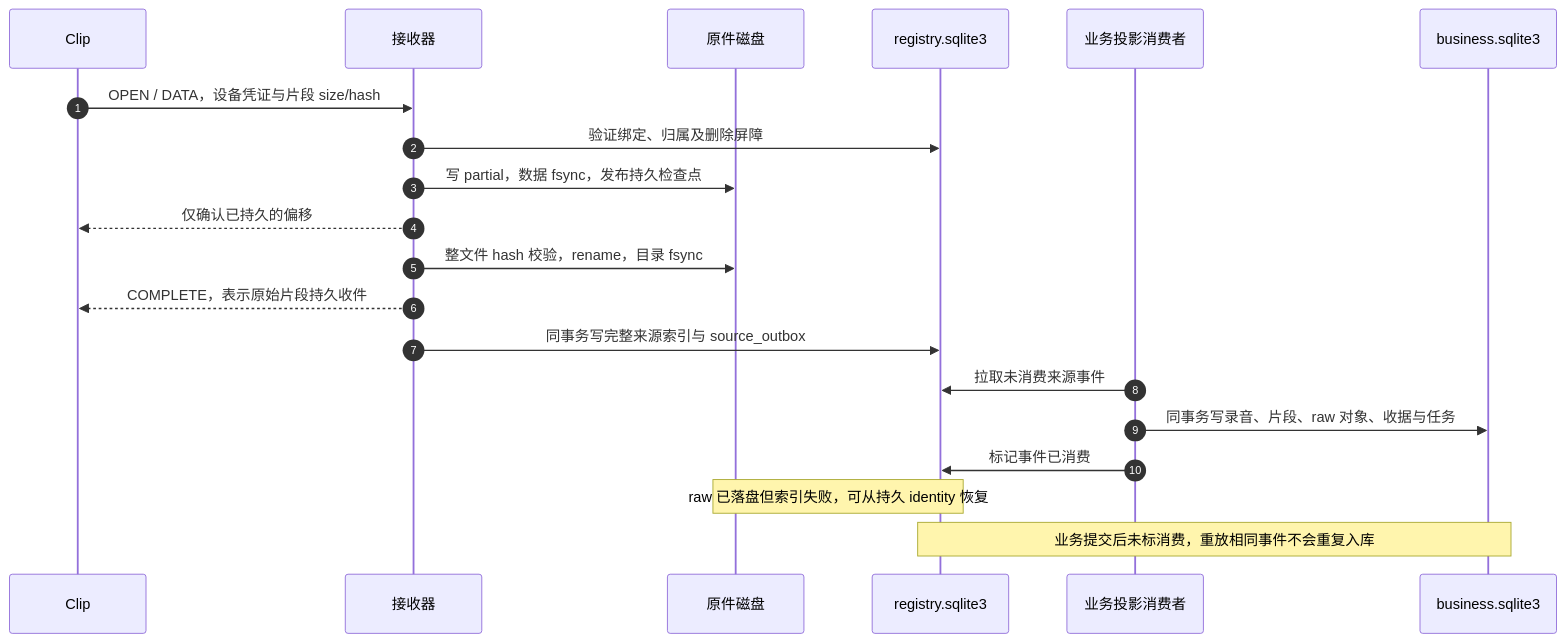
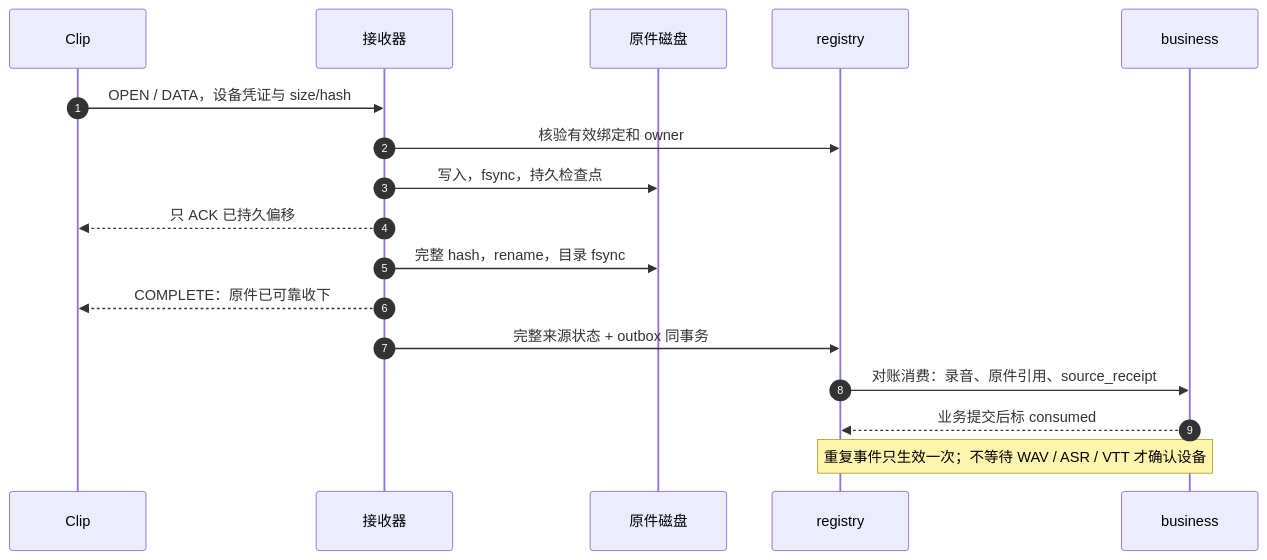
Before and after one commit to boboliu-1010/speaker: the diagram in docs/assets/diagrams/04-raw-ingest-outbox.mmd, drawn with Mermaid. The commit also changed 34 other files, not shown here.

```diff
--- a/docs/assets/diagrams/04-raw-ingest-outbox.mmd
+++ b/docs/assets/diagrams/04-raw-ingest-outbox.mmd
@@ -1,20 +1,17 @@
 sequenceDiagram
     autonumber
     participant C as Clip
     participant R as 接收器
     participant F as 原件磁盘
-    participant D as registry.sqlite3
-    participant P as 业务投影消费者
-    participant B as business.sqlite3
-    C->>R: OPEN / DATA，设备凭证与片段 size/hash
-    R->>D: 验证绑定、归属及删除屏障
-    R->>F: 写 partial，数据 fsync，发布持久检查点
-    R-->>C: 仅确认已持久的偏移
-    R->>F: 整文件 hash 校验，rename，目录 fsync
-    R-->>C: COMPLETE，表示原始片段持久收件
-    R->>D: 同事务写完整来源索引与 source_outbox
-    P->>D: 拉取未消费来源事件
-    P->>B: 同事务写录音、片段、raw 对象、收据与任务
-    P->>D: 标记事件已消费
-    Note over F,D: raw 已落盘但索引失败，可从持久 identity 恢复
-    Note over D,B: 业务提交后未标消费，重放相同事件不会重复入库
+    participant D as registry
+    participant B as business
+    C->>R: OPEN / DATA，设备凭证与 size/hash
+    R->>D: 核验有效绑定和 owner
+    R->>F: 写入，fsync，持久检查点
+    R-->>C: 只 ACK 已持久偏移
+    R->>F: 完整 hash，rename，目录 fsync
+    R-->>C: COMPLETE：原件已可靠收下
+    R->>D: 完整来源状态 + outbox 同事务
+    D->>B: 对账消费：录音、原件引用、source_receipt
+    B-->>D: 业务提交后标 consumed
+    Note over D,B: 重复事件只生效一次；不等待 WAV / ASR / VTT 才确认设备
```
